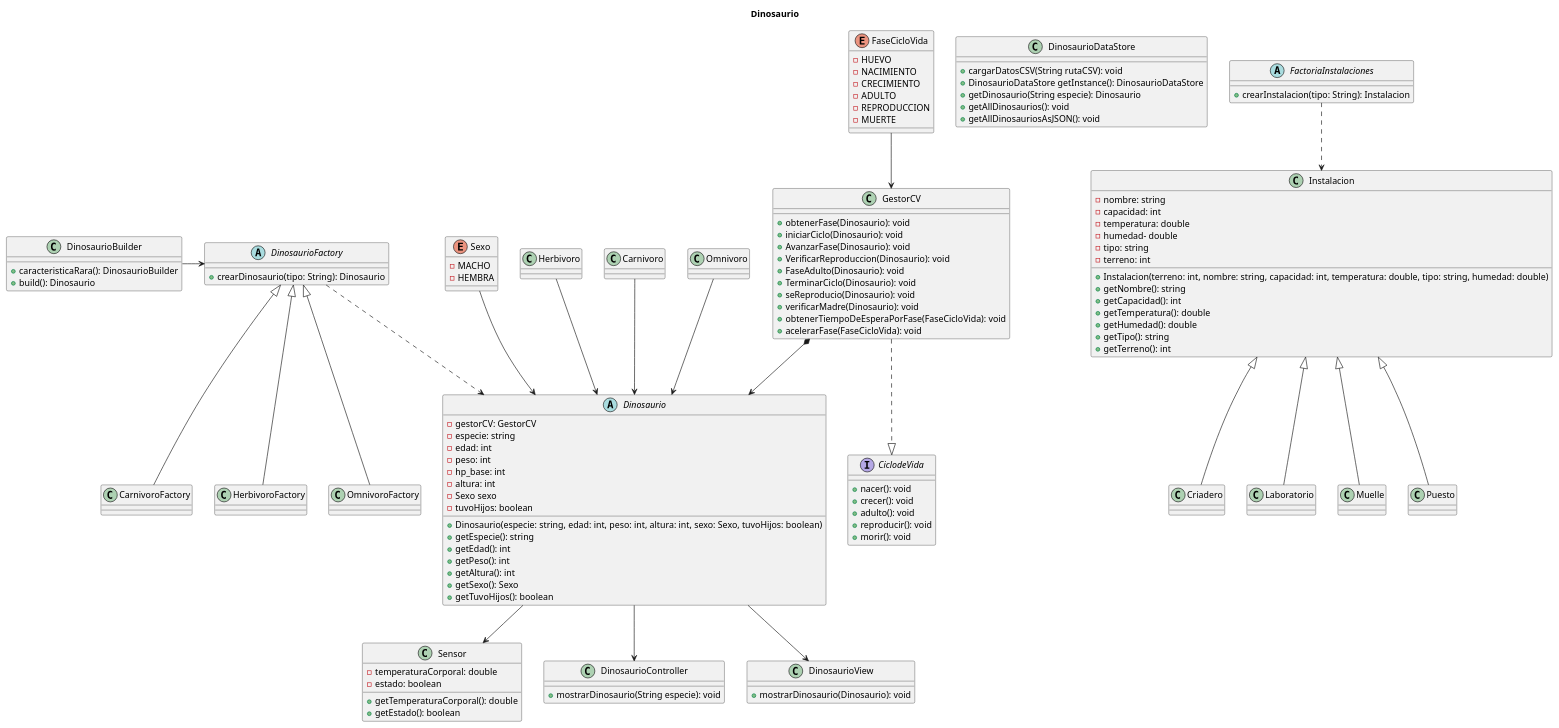
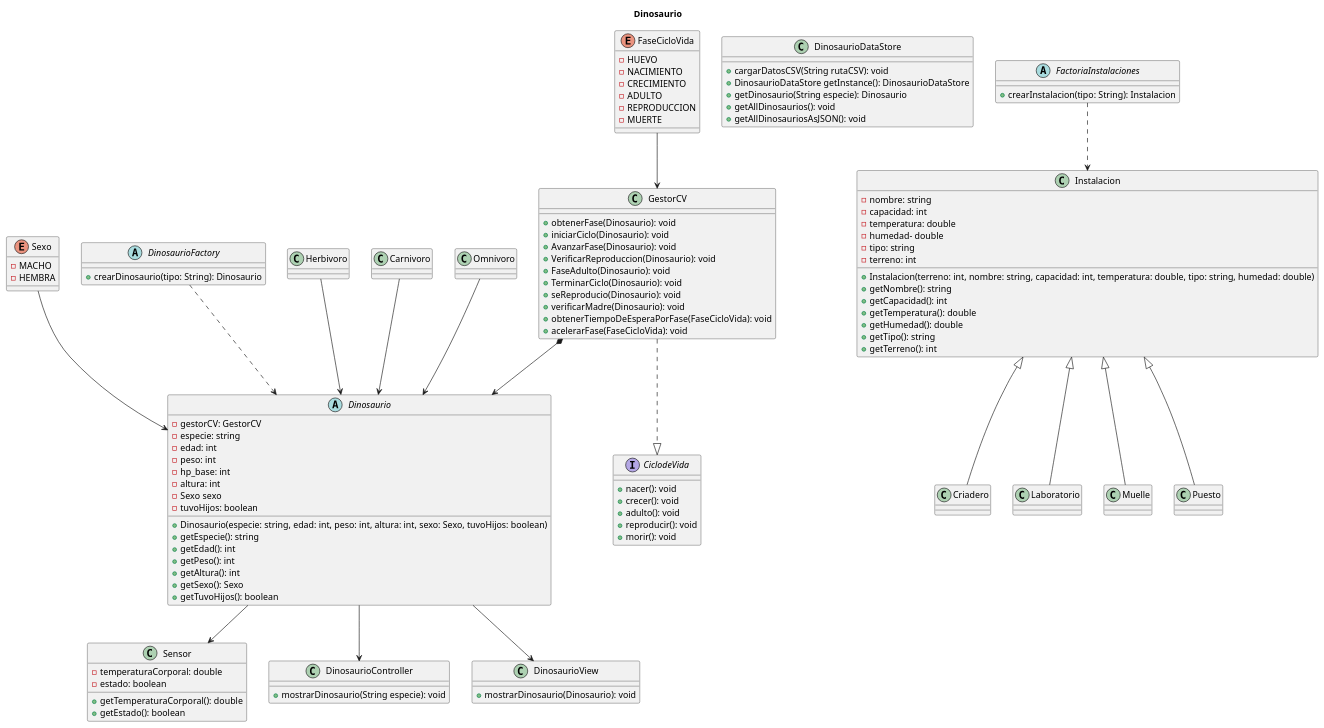
Before and after one commit to sssdark302/JurassicPark: the diagram in uml/Dinosaurio.puml, drawn with PlantUML. The commit also changed 6 other files, not shown here.

```diff
--- a/uml/Dinosaurio.puml
+++ b/uml/Dinosaurio.puml
@@ -1,128 +1,118 @@
 @startuml
 'https://plantuml.com/class-diagram
 title Dinosaurio
 
 abstract class Dinosaurio{
     -gestorCV: GestorCV
     -especie: string
     -edad: int
     -peso: int
     -hp_base: int
     -altura: int
     -Sexo sexo
     -tuvoHijos: boolean
     +Dinosaurio(especie: string, edad: int, peso: int, altura: int, sexo: Sexo, tuvoHijos: boolean)
     +getEspecie(): string
     +getEdad(): int
     +getPeso(): int
     +getAltura(): int
     +getSexo(): Sexo
     +getTuvoHijos(): boolean
 }
 enum Sexo{
     -MACHO
     -HEMBRA
 }
 
 class Sensor{
     -temperaturaCorporal: double
     -estado: boolean
     +getTemperaturaCorporal(): double
     +getEstado(): boolean
 }
 class DinosaurioController{
     +mostrarDinosaurio(String especie): void
 }
 class DinosaurioDataStore{
     +cargarDatosCSV(String rutaCSV): void
     +DinosaurioDataStore getInstance(): DinosaurioDataStore
     +getDinosaurio(String especie): Dinosaurio
     +getAllDinosaurios(): void
     +getAllDinosauriosAsJSON(): void
 }
 class DinosaurioView{
     +mostrarDinosaurio(Dinosaurio): void
 }
 
-class DinosaurioBuilder{
-    +caracteristicaRara(): DinosaurioBuilder
-    +build(): Dinosaurio
-}
-
 abstract class DinosaurioFactory{
     +crearDinosaurio(tipo: String): Dinosaurio
 }
-
-class CarnivoroFactory extends DinosaurioFactory{}
-class HerbivoroFactory extends DinosaurioFactory{}
-class OmnivoroFactory extends DinosaurioFactory{}
 
 abstract class FactoriaInstalaciones{
     +crearInstalacion(tipo: String): Instalacion
 }
 
 class Instalacion{
     -nombre: string
     -capacidad: int
     -temperatura: double
     -humedad- double
     -tipo: string
     -terreno: int
     +Instalacion(terreno: int, nombre: string, capacidad: int, temperatura: double, tipo: string, humedad: double)
     +getNombre(): string
     +getCapacidad(): int
     +getTemperatura(): double
     +getHumedad(): double
     +getTipo(): string
     +getTerreno(): int
 }
 
 class Criadero extends Instalacion{}
 class Laboratorio extends Instalacion{}
 class Muelle extends Instalacion{}
 class Puesto extends Instalacion{}
 
 interface CiclodeVida{
     +nacer(): void
     +crecer(): void
     +adulto(): void
     +reproducir(): void
     +morir(): void
 }
 
 class GestorCV{
     +obtenerFase(Dinosaurio): void
     +iniciarCiclo(Dinosaurio): void
     +AvanzarFase(Dinosaurio): void
     +VerificarReproduccion(Dinosaurio): void
     +FaseAdulto(Dinosaurio): void
     +TerminarCiclo(Dinosaurio): void
     +seReproducio(Dinosaurio): void
     +verificarMadre(Dinosaurio): void
     +obtenerTiempoDeEsperaPorFase(FaseCicloVida): void
     +acelerarFase(FaseCicloVida): void
 }
 
 enum FaseCicloVida{
     -HUEVO
     -NACIMIENTO
     -CRECIMIENTO
     -ADULTO
     -REPRODUCCION
     -MUERTE
 }
 Dinosaurio -->  Sensor
 Sexo --> Dinosaurio
 GestorCV *--> Dinosaurio
 Herbivoro --> Dinosaurio
 Carnivoro --> Dinosaurio
 Omnivoro --> Dinosaurio
 GestorCV ..|> CiclodeVida
 DinosaurioFactory ..> Dinosaurio
-DinosaurioBuilder -> DinosaurioFactory
 FactoriaInstalaciones ..> Instalacion
 Dinosaurio --> DinosaurioController
 Dinosaurio --> DinosaurioView
 FaseCicloVida --> GestorCV
 
 @enduml
```
